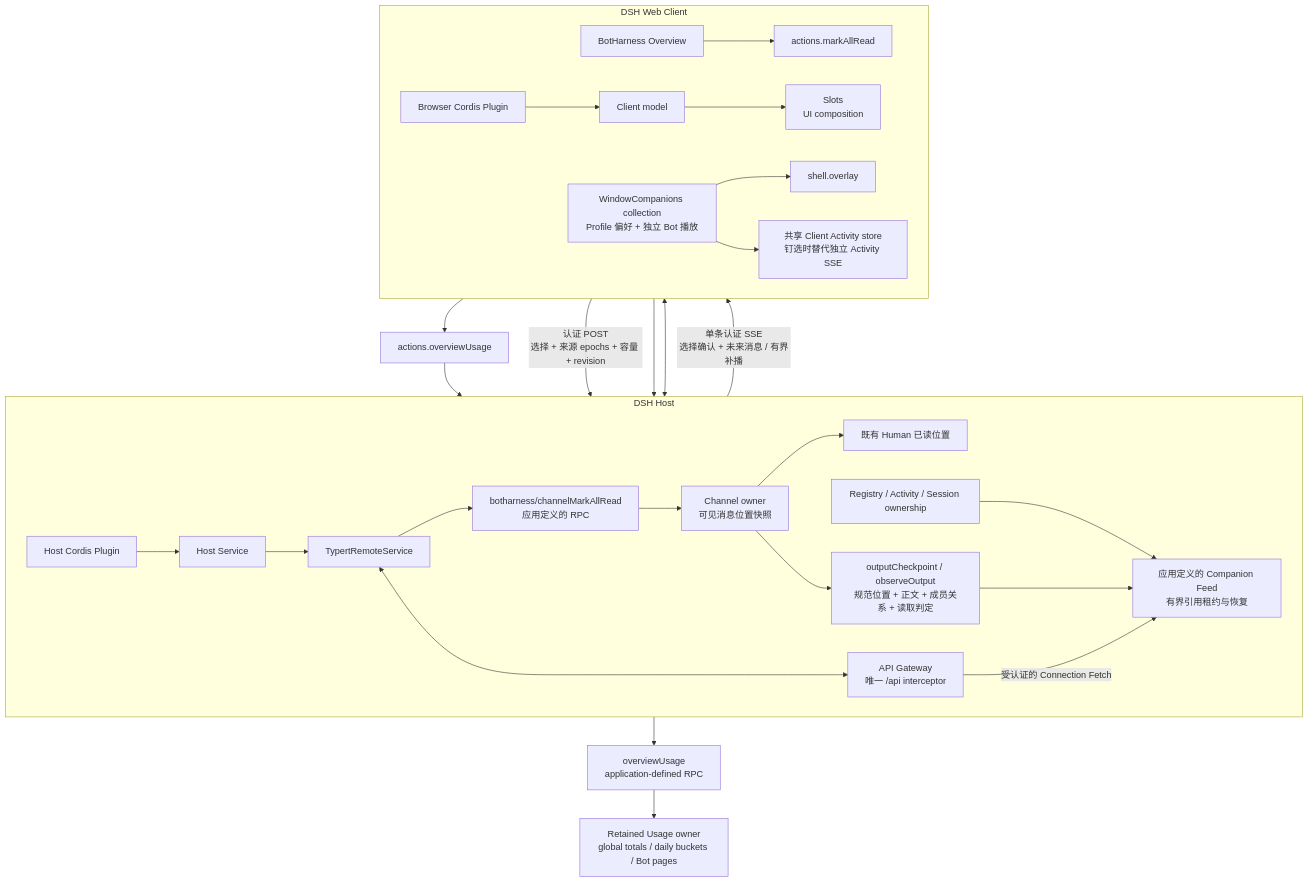
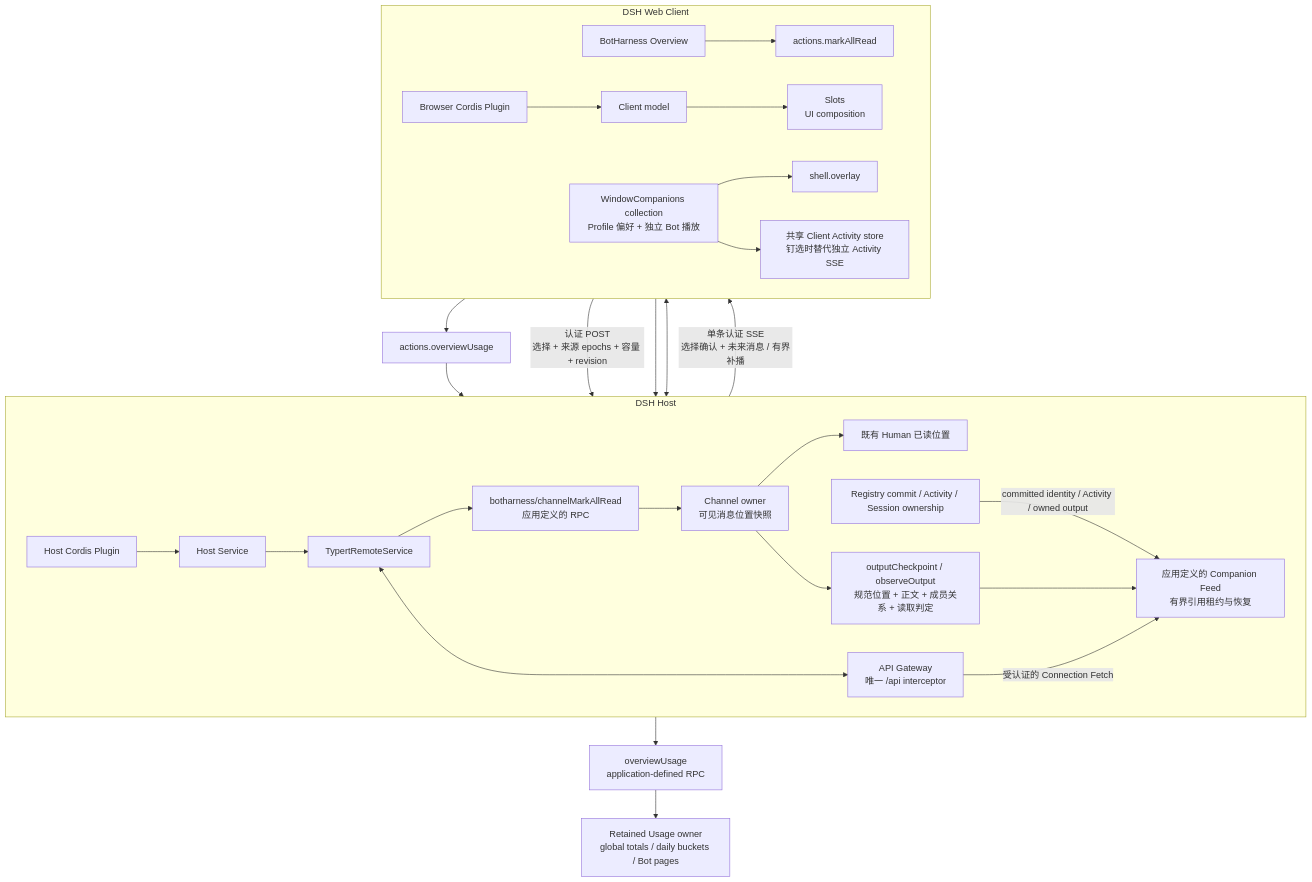
The diagram in docs/architecture/diagrams/09-dsh-host-client.mmd (BotHarness/BotHarness), drawn with Mermaid before and after one commit. The commit also changed 27 other files, not shown here.

```diff
--- a/docs/architecture/diagrams/09-dsh-host-client.mmd
+++ b/docs/architecture/diagrams/09-dsh-host-client.mmd
@@ -1,30 +1,30 @@
 flowchart TB
   subgraph Host["DSH Host"]
     direction LR
     HostPlugin["Host Cordis Plugin"] --> Service["Host Service"]
     Service --> Remote["TypertRemoteService"]
     ReadRPC["botharness/channelMarkAllRead<br/>应用定义的 RPC"] --> Channels["Channel owner<br/>可见消息位置快照"]
     Channels --> ReadPositions["既有 Human 已读位置"]
     Remote <--> Gateway["API Gateway<br/>唯一 /api interceptor"]
-    Registry["Registry / Activity / Session ownership"] --> Feed["应用定义的 Companion Feed<br/>有界引用租约与恢复"]
+    Registry["Registry commit / Activity / Session ownership"] -->|"committed identity / Activity / owned output"| Feed["应用定义的 Companion Feed<br/>有界引用租约与恢复"]
     Channels --> Observation["outputCheckpoint / observeOutput<br/>规范位置 + 正文 + 成员关系 + 读取判定"]
     Observation --> Feed
   end
   subgraph Browser["DSH Web Client"]
     direction LR
     ClientPlugin["Browser Cordis Plugin"] --> Model["Client model"]
     Overview["BotHarness Overview"] --> ReadAction["actions.markAllRead"]
     Model --> Slots["Slots<br/>UI composition"]
     Companion["WindowCompanions collection<br/>Profile 偏好 + 独立 Bot 播放"] --> Overlay["shell.overlay"]
     Companion --> Activity["共享 Client Activity store<br/>钉选时替代独立 Activity SSE"]
   end
   Gateway <--> Model
   Gateway -->|"受认证的 Connection Fetch"| Feed
   Feed -->|"单条认证 SSE<br/>选择确认 + 未来消息 / 有界补播"| Companion
   Companion -->|"认证 POST<br/>选择 + 来源 epochs + 容量 + revision"| Feed
   ReadAction --> Gateway
   Remote --> ReadRPC
   Overview --> UsageAction["actions.overviewUsage"]
   UsageAction --> Gateway
   Remote --> UsageRPC["overviewUsage<br/>application-defined RPC"]
   UsageRPC --> UsageOwner["Retained Usage owner<br/>global totals / daily buckets / Bot pages"]
```
